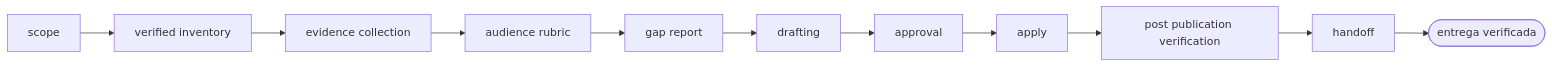
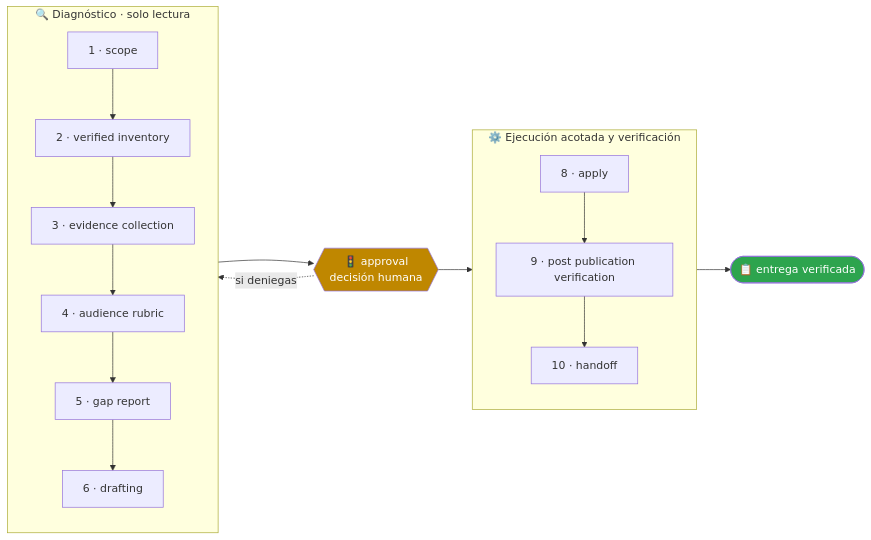
One commit to vladimiracunadev-create/operational-ai-agents changed the second of 2 diagrams in agents/professional-profile-agent/README.md. Above: the diagram before and after it, drawn with Mermaid. The commit also changed other lines of this file and 60 other files, not shown here.

````diff
--- a/agents/professional-profile-agent/README.md
+++ b/agents/professional-profile-agent/README.md
@@ -72,23 +125,30 @@
 ```mermaid
 flowchart LR
-    p1["scope"]
-    p2["verified inventory"]
-    p3["evidence collection"]
-    p4["audience rubric"]
-    p5["gap report"]
-    p6["drafting"]
-    p7["approval"]
-    p8["apply"]
-    p9["post publication verification"]
-    p10["handoff"]
-    p1 --> p2
-    p2 --> p3
-    p3 --> p4
-    p4 --> p5
-    p5 --> p6
-    p6 --> p7
-    p7 --> p8
-    p8 --> p9
-    p9 --> p10
-    p10 --> done(["entrega verificada"])
+    subgraph A["🔍 Diagnóstico · solo lectura"]
+        direction TB
+        p1["1 · scope"]
+        p2["2 · verified inventory"]
+        p3["3 · evidence collection"]
+        p4["4 · audience rubric"]
+        p5["5 · gap report"]
+        p6["6 · drafting"]
+        p1 --> p2
+        p2 --> p3
+        p3 --> p4
+        p4 --> p5
+        p5 --> p6
+    end
+    G{{"🚦 approval<br/>decisión humana"}}
+    subgraph B["⚙️ Ejecución acotada y verificación"]
+        direction TB
+        p8["8 · apply"]
+        p9["9 · post publication verification"]
+        p10["10 · handoff"]
+        p8 --> p9
+        p9 --> p10
+    end
+    A --> G --> B --> FIN(["📋 entrega verificada"])
+    G -.->|"si deniegas"| A
+    style G fill:#bf8700,color:#fff
+    style FIN fill:#2da44e,color:#fff
 ```
````
